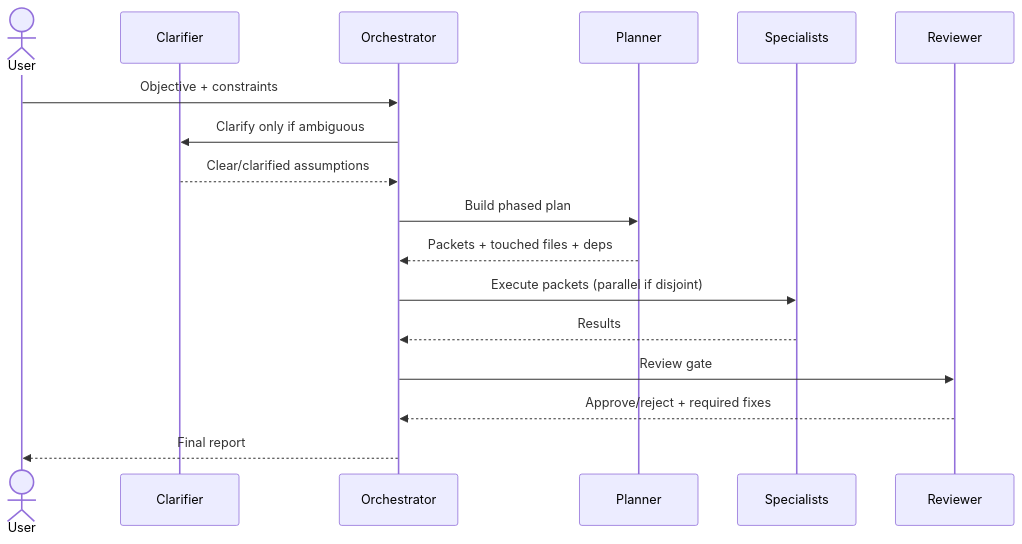
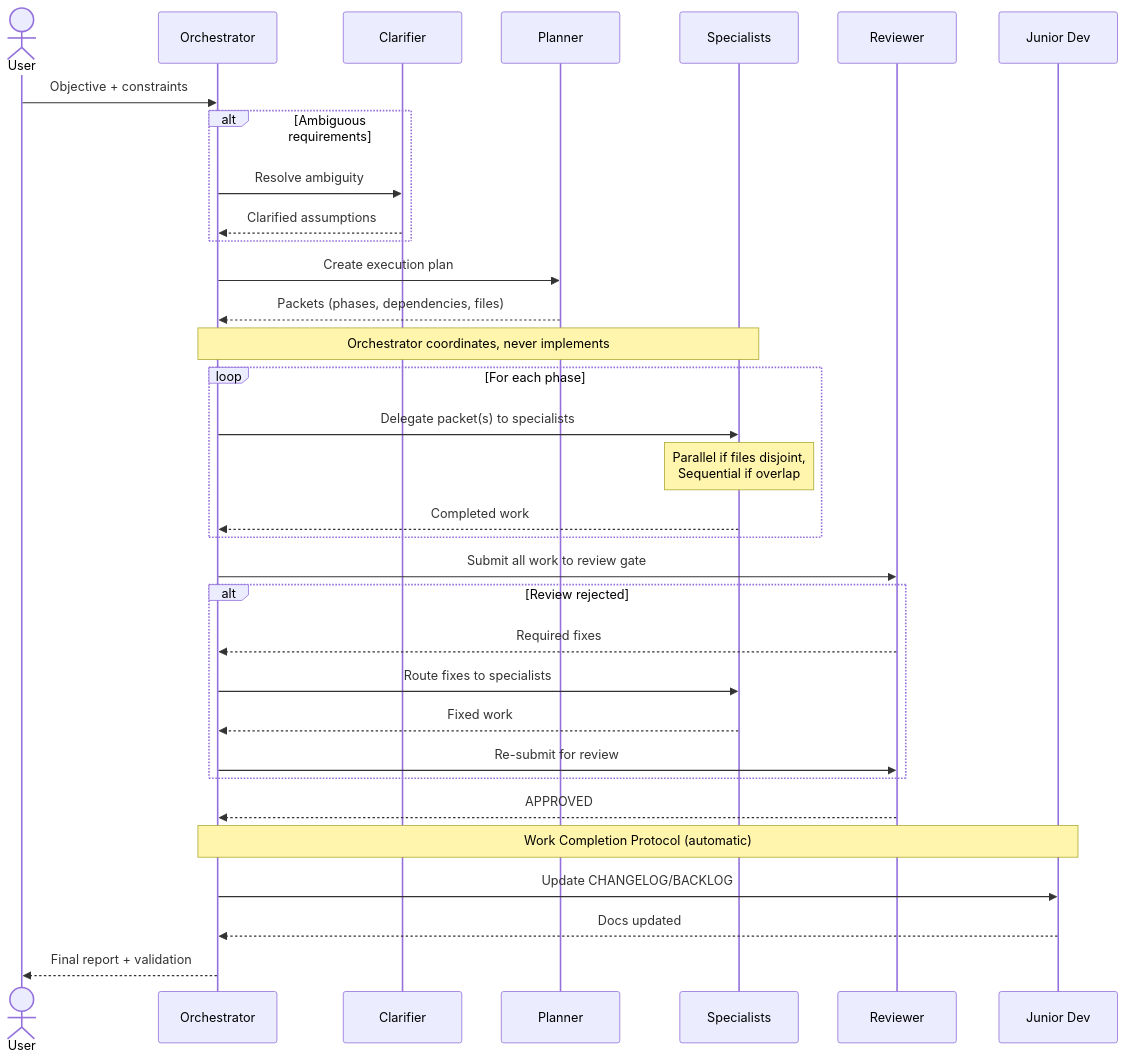
The second of 2 diagrams in README.md (ddevalco/devops-agent-orchestra), drawn with Mermaid before and after one commit.

Commit message:
docs: update workflow diagram to accurately reflect v0.4.0
- Added rejection loop showing Reviewer reject → fixes → re-review
- Added Work Completion Protocol (auto CHANGELOG/BACKLOG updates)
- Emphasized Orchestrator coordinates but never implements
- Shows conditional ambiguity check with alt block
- Shows parallel vs sequential execution strategy
- Includes Junior Dev for operational hygiene tasks
- Matches E2E validated v0.4.0 behavior

````diff
--- a/README.md
+++ b/README.md
@@ -59,20 +59,45 @@
 ```mermaid
 sequenceDiagram
-        actor U as User
-        participant C as Clarifier
-        participant O as Orchestrator
-        participant P as Planner
-        participant S as Specialists
-        participant R as Reviewer
+    actor U as User
+    participant O as Orchestrator
+    participant C as Clarifier
+    participant P as Planner
+    participant S as Specialists
+    participant R as Reviewer
+    participant J as Junior Dev
 
-        U->>O: Objective + constraints
-        O->>C: Clarify only if ambiguous
-        C-->>O: Clear/clarified assumptions
-        O->>P: Build phased plan
-        P-->>O: Packets + touched files + deps
-        O->>S: Execute packets (parallel if disjoint)
-        S-->>O: Results
-        O->>R: Review gate
-        R-->>O: Approve/reject + required fixes
-        O-->>U: Final report
+    U->>O: Objective + constraints
+    
+    alt Ambiguous requirements
+        O->>C: Resolve ambiguity
+        C-->>O: Clarified assumptions
+    end
+    
+    O->>P: Create execution plan
+    P-->>O: Packets (phases, dependencies, files)
+    
+    Note over O,S: Orchestrator coordinates, never implements
+    
+    loop For each phase
+        O->>S: Delegate packet(s) to specialists
+        Note over S: Parallel if files disjoint,<br/>Sequential if overlap
+        S-->>O: Completed work
+    end
+    
+    O->>R: Submit all work to review gate
+    
+    alt Review rejected
+        R-->>O: Required fixes
+        O->>S: Route fixes to specialists
+        S-->>O: Fixed work
+        O->>R: Re-submit for review
+    end
+    
+    R-->>O: APPROVED
+    
+    Note over O,J: Work Completion Protocol (automatic)
+    O->>J: Update CHANGELOG/BACKLOG
+    J-->>O: Docs updated
+    
+    O-->>U: Final report + validation
 ```
````
